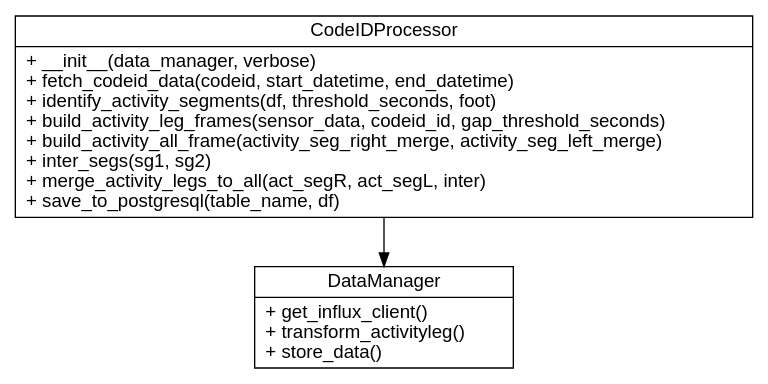
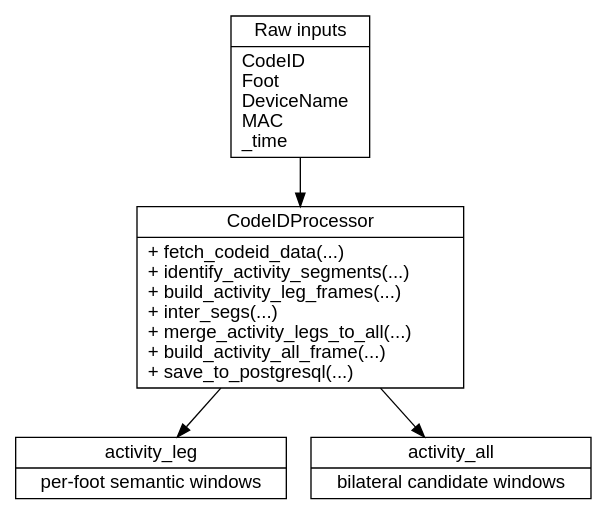
Before and after one commit to MultipleSclerosisMonitoring/DPC_2024: the diagram in docs/msCodeID.rst, drawn with Graphviz. The commit also changed other lines of this file and 43 other files, not shown here.

```diff
--- a/docs/msCodeID.rst
+++ b/docs/msCodeID.rst
@@ -12,29 +12,28 @@
 .. graphviz::
-   :caption: CodeIDProcessor and bottom-up semantic construction
+   :caption: Bottom-up semantic construction
    :align: center
 
    digraph class_msCodeID {
       rankdir=TB;
       graph [fontname="Helvetica"];
       node  [shape=record, fontname="Helvetica"];
       edge  [fontname="Helvetica"];
 
       CodeIDProcessor [label="{CodeIDProcessor|
-        + __init__(data_manager, verbose)\l
-        + fetch_codeid_data(codeid, start_datetime, end_datetime)\l
-        + identify_activity_segments(df, threshold_seconds, foot)\l
-        + build_activity_leg_frames(sensor_data, codeid_id, gap_threshold_seconds)\l
-        + build_activity_all_frame(activity_seg_right_merge, activity_seg_left_merge)\l
-        + inter_segs(sg1, sg2)\l
-        + merge_activity_legs_to_all(act_segR, act_segL, inter)\l
-        + save_to_postgresql(table_name, df)\l
+        + fetch_codeid_data(...)\l
+        + identify_activity_segments(...)\l
+        + build_activity_leg_frames(...)\l
+        + inter_segs(...)\l
+        + merge_activity_legs_to_all(...)\l
+        + build_activity_all_frame(...)\l
+        + save_to_postgresql(...)\l
       }"];
 
-      DataManager [label="{DataManager|
-        + get_influx_client()\l
-        + transform_activityleg()\l
-        + store_data()\l
-      }"];
+      Raw [label="{Raw inputs|CodeID\lFoot\lDeviceName\lMAC\l_time\l}"];
+      ActivityLeg [label="{activity_leg|per-foot semantic windows}"];
+      ActivityAll [label="{activity_all|bilateral candidate windows}"];
 
-      CodeIDProcessor -> DataManager;
+      Raw -> CodeIDProcessor;
+      CodeIDProcessor -> ActivityLeg;
+      CodeIDProcessor -> ActivityAll;
    }
```
